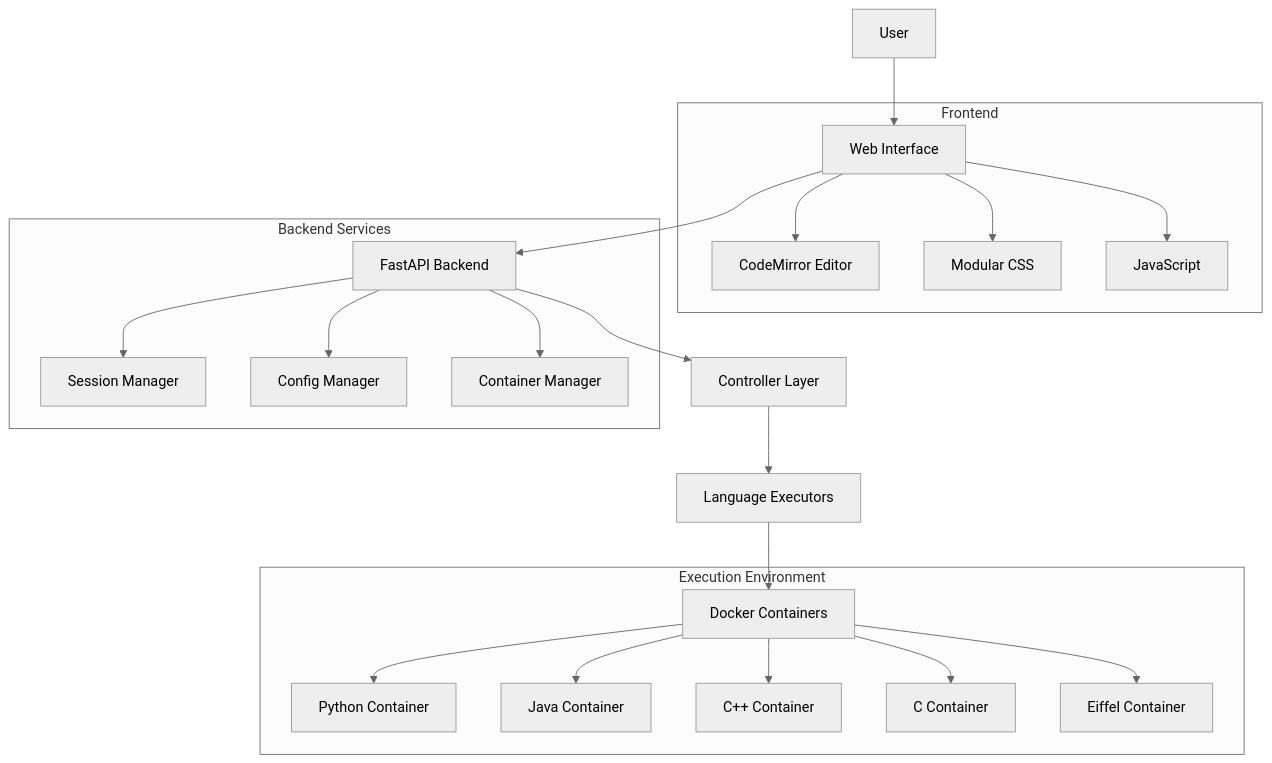
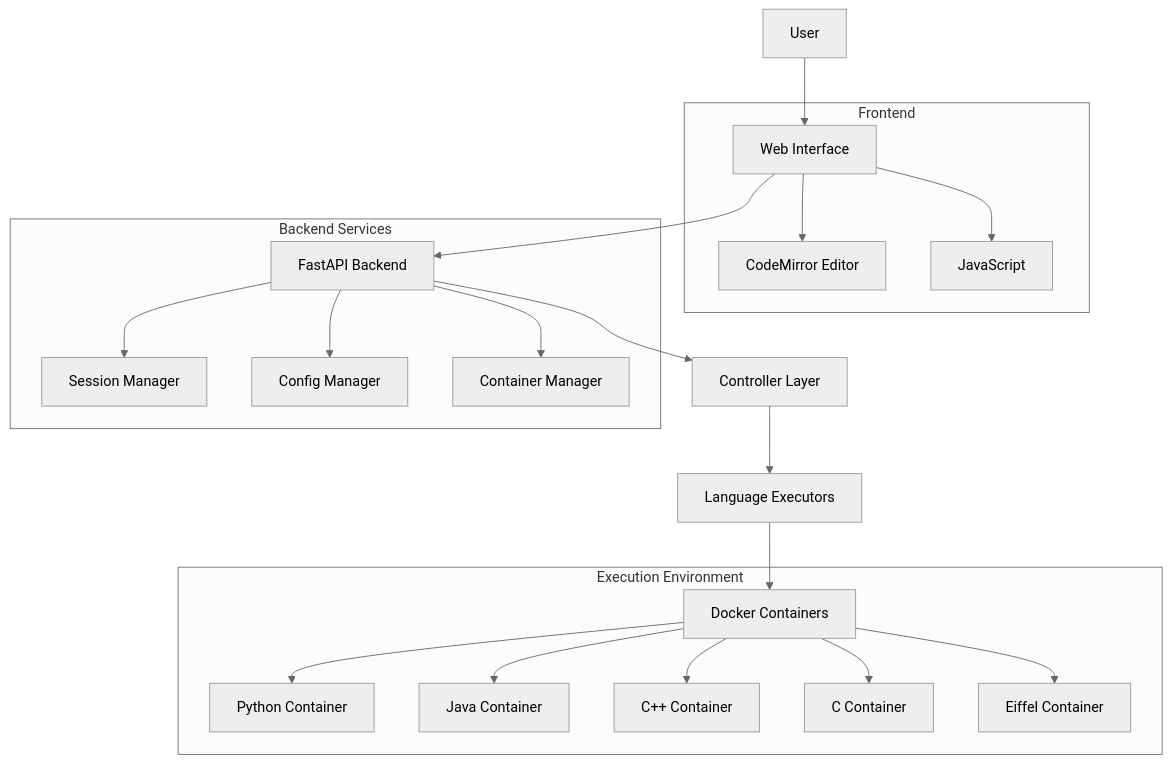
Before and after one commit to reto-weber/CodeForge: the diagram in README.md, drawn with Mermaid (neutral theme). The commit also changed other lines of this file and 10 other files, not shown here.

````diff
--- a/README.md
+++ b/README.md
@@ -35,28 +33,27 @@
 ```mermaid
 graph TB
     User[User] --> WebUI[Web Interface]
     WebUI --> API[FastAPI Backend]
     API --> Controllers[Controller Layer]
     Controllers --> Executors[Language Executors]
     Executors --> Docker[Docker Containers]
     
     subgraph "Frontend"
         WebUI --> CodeMirror[CodeMirror Editor]
-        WebUI --> CSS[Modular CSS]
         WebUI --> JS[JavaScript]
     end
     
     subgraph "Backend Services"
         API --> SessionMgr[Session Manager]
         API --> ConfigMgr[Config Manager]
         API --> ContainerMgr[Container Manager]
     end
     
     subgraph "Execution Environment"
         Docker --> Python[Python Container]
         Docker --> Java[Java Container]
         Docker --> Cpp[C++ Container]
         Docker --> C[C Container]
         Docker --> Eiffel[Eiffel Container]
     end
 ```
````
